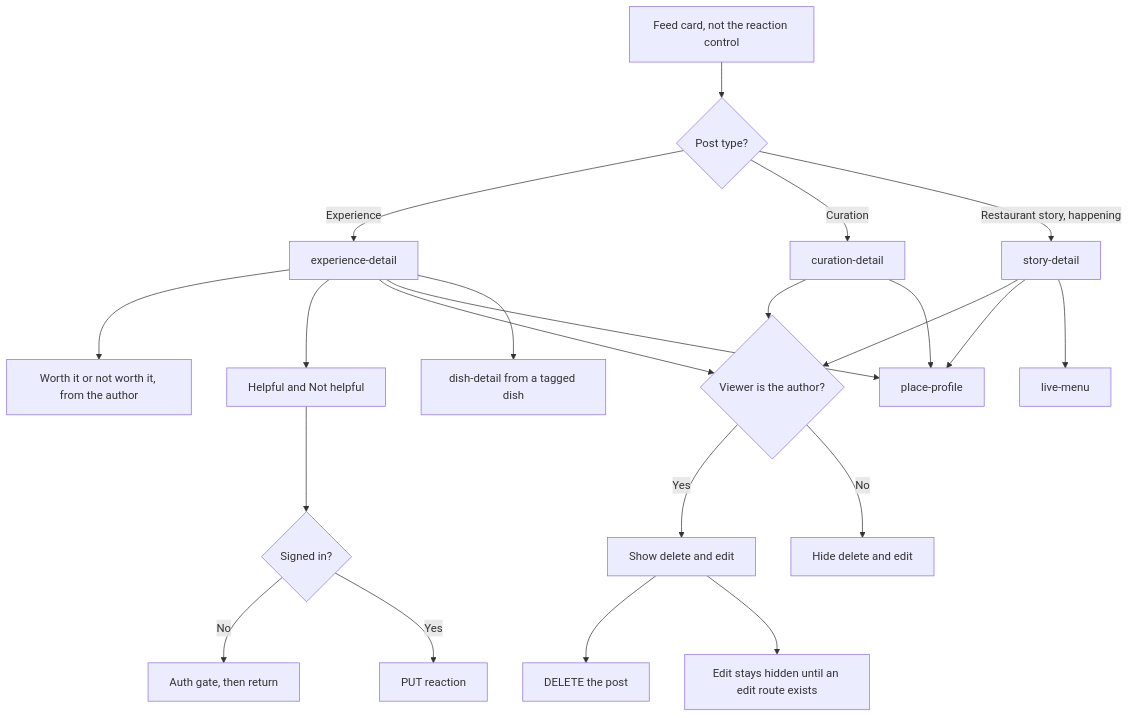
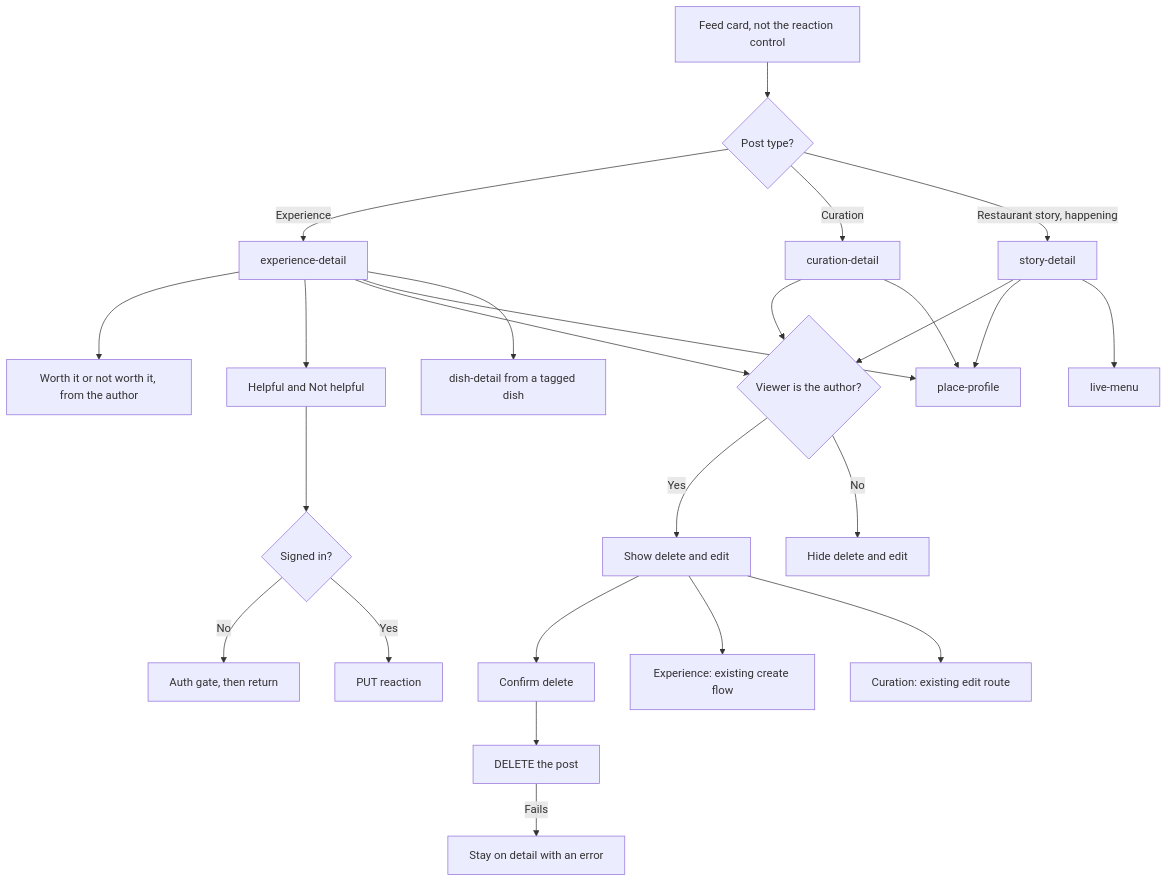
Before and after one commit to bawra11/elite-product: the diagram in product/detail-flows/07-post-detail.md, drawn with Mermaid. The commit also changed other lines of this file and 12 other files, not shown here.

````diff
--- a/product/detail-flows/07-post-detail.md
+++ b/product/detail-flows/07-post-detail.md
@@ -5,28 +5,31 @@
 ```mermaid
 flowchart TD
   card["Feed card, not the reaction control"] --> kind{Post type?}
   kind -->|Experience| exp["experience-detail"]
   kind -->|Curation| cur["curation-detail"]
   kind -->|Restaurant story, happening| story["story-detail"]
 
   exp --> worth["Worth it or not worth it, from the author"]
   exp --> votes["Helpful and Not helpful"]
   votes --> who{Signed in?}
   who -->|No| gate["Auth gate, then return"]
   who -->|Yes| sent["PUT reaction"]
 
   exp --> author{Viewer is the author?}
   cur --> author
   story --> author
   author -->|Yes| actions["Show delete and edit"]
   author -->|No| hide["Hide delete and edit"]
 
-  actions --> del["DELETE the post"]
-  actions --> editNote["Edit stays hidden until an edit route exists"]
+  actions --> confirmDel["Confirm delete"]
+  confirmDel --> del["DELETE the post"]
+  del -->|Fails| stay["Stay on detail with an error"]
+  actions --> editExp["Experience: existing create flow"]
+  actions --> editCur["Curation: existing edit route"]
 
   exp --> place["place-profile"]
   exp --> dish["dish-detail from a tagged dish"]
   cur --> place
   story --> place
   story --> menu["live-menu"]
 ```
````
